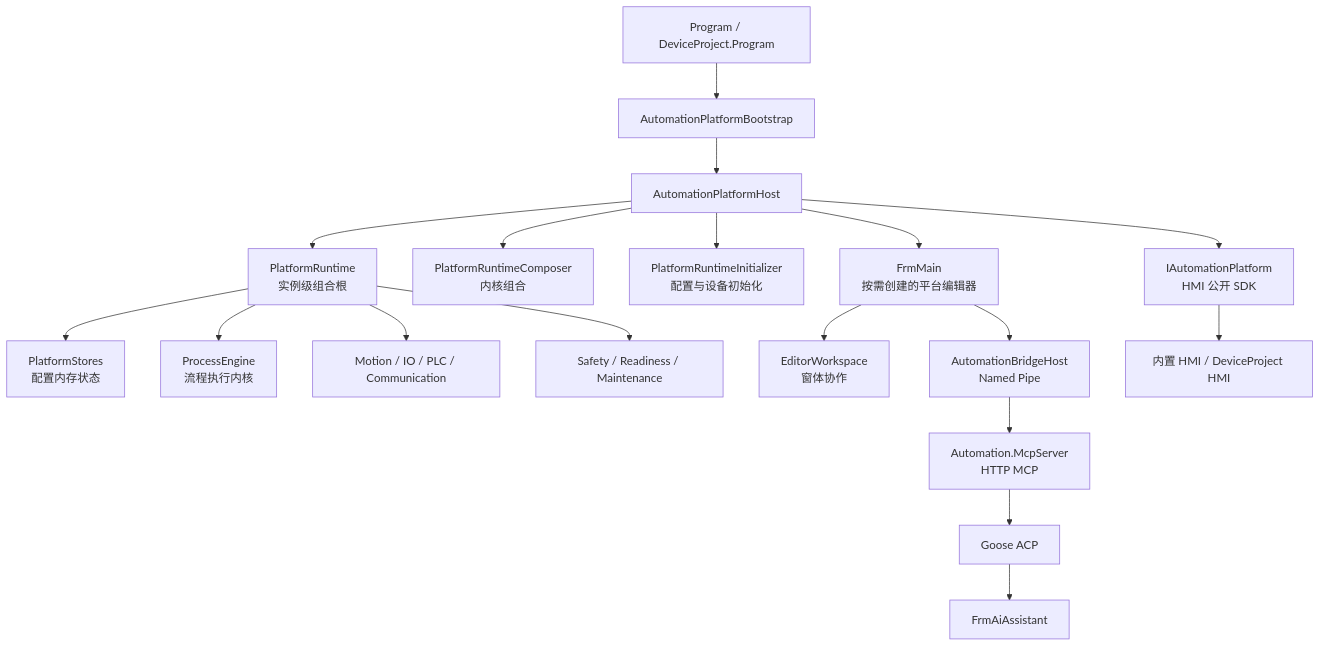
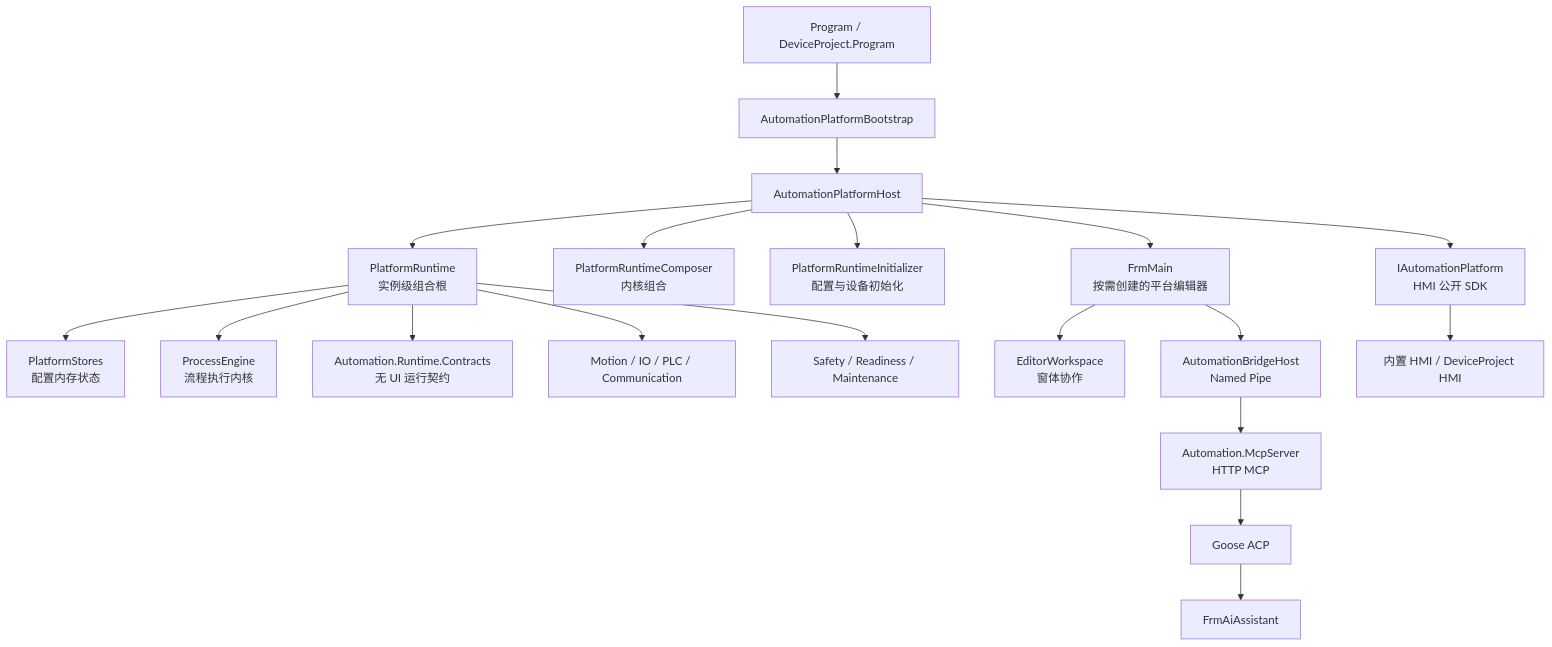
The diagram in Docs/Architecture/README.md (zeastwin/Automation), drawn with Mermaid before and after one commit. The commit also changed other lines of this file and 80 other files, not shown here.

````diff
--- a/Docs/Architecture/README.md
+++ b/Docs/Architecture/README.md
@@ -19,20 +19,21 @@
 ```mermaid
 flowchart TD
     Program["Program / DeviceProject.Program"] --> Bootstrap["AutomationPlatformBootstrap"]
     Bootstrap --> Host["AutomationPlatformHost"]
     Host --> Runtime["PlatformRuntime\n实例级组合根"]
     Host --> Composer["PlatformRuntimeComposer\n内核组合"]
     Host --> Initializer["PlatformRuntimeInitializer\n配置与设备初始化"]
     Runtime --> Stores["PlatformStores\n配置内存状态"]
     Runtime --> Engine["ProcessEngine\n流程执行内核"]
+    Runtime --> Contracts["Automation.Runtime.Contracts\n无 UI 运行契约"]
     Runtime --> Devices["Motion / IO / PLC / Communication"]
     Runtime --> Safety["Safety / Readiness / Maintenance"]
     Host --> Editor["FrmMain\n按需创建的平台编辑器"]
     Editor --> Workspace["EditorWorkspace\n窗体协作"]
     Host --> Sdk["IAutomationPlatform\nHMI 公开 SDK"]
     Sdk --> Hmi["内置 HMI / DeviceProject HMI"]
     Editor --> Bridge["AutomationBridgeHost\nNamed Pipe"]
     Bridge --> Mcp["Automation.McpServer\nHTTP MCP"]
     Mcp --> Goose["Goose ACP"]
     Goose --> AiUi["FrmAiAssistant"]
 ```
````
